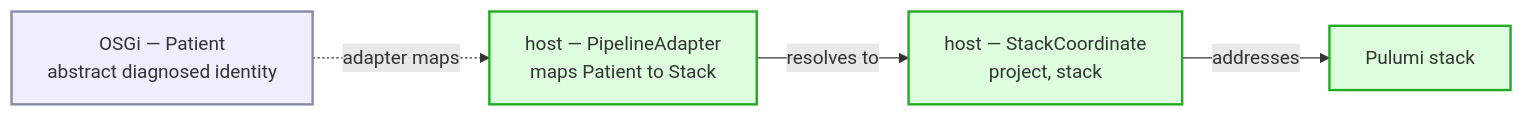
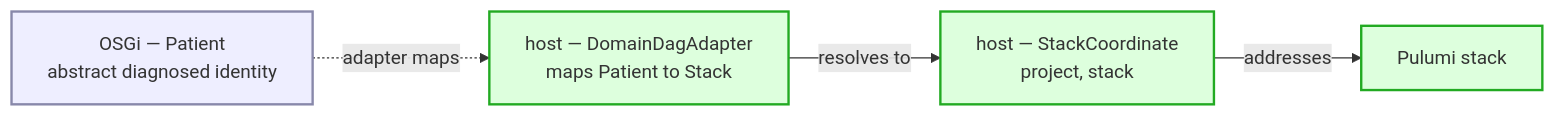
One commit to nxmatic/rke2lab changed the fourth of 6 diagrams in docs/architecture/osgi/multiplexor-spec.adoc. Above: the diagram before and after it, drawn with Mermaid. The commit also changed other lines of this file and 4 other files, not shown here.

First line of the commit message:
docs(multiplexor): rename to the DomainDag family for crystal-clear roles

```diff
--- a/docs/architecture/osgi/multiplexor-spec.adoc
+++ b/docs/architecture/osgi/multiplexor-spec.adoc
@@ -131,15 +131,15 @@
 [mermaid]
 ....
 flowchart LR
   patient["OSGi — Patient<br/>abstract diagnosed identity"]
-  adapter["host — PipelineAdapter<br/>maps Patient to Stack"]
+  adapter["host — DomainDagAdapter<br/>maps Patient to Stack"]
   coord["host — StackCoordinate<br/>project, stack"]
   stack["Pulumi stack"]
   patient -.adapter maps.-> adapter
   adapter -->|resolves to| coord
   coord -->|addresses| stack
   classDef o fill:#eef,stroke:#88a,stroke-width:2px;
   classDef h fill:#dfd,stroke:#2a2,stroke-width:2px;
   class patient o;
   class adapter,coord,stack h;
 ....
```
